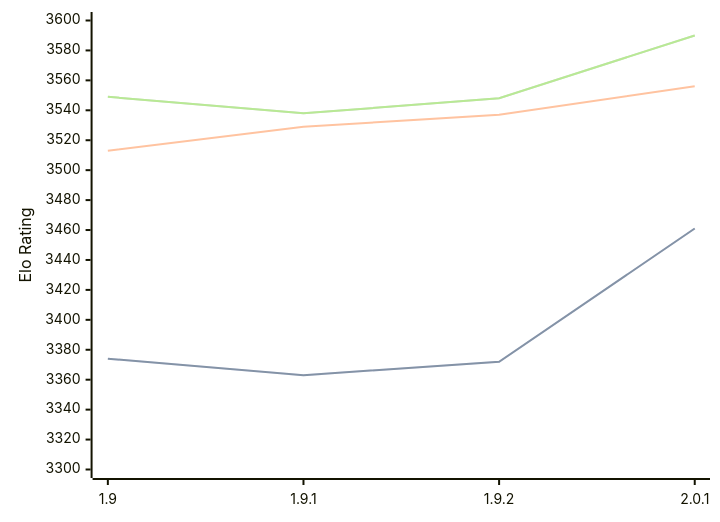
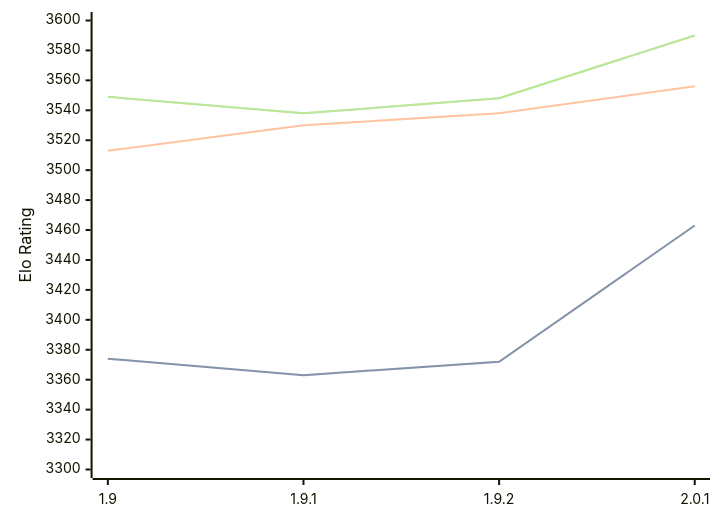
One commit to computer-chess-index/cci changed the diagram in engines/Pawnocchio.md. Above: the diagram before and after it, drawn with Mermaid. The commit also changed other lines of this file, not shown here.

````diff
--- a/engines/Pawnocchio.md
+++ b/engines/Pawnocchio.md
@@ -36,11 +36,11 @@
 ```mermaid
 %%{init: {"theme":"base","themeVariables":{"seriesColors:['#a3a3a3','#222221','#faa371']}}}%%
 xychart-beta
   x-axis ["1.9", "1.9.1", "1.9.2", "2.0.1"]
   y-axis "Elo Rating" 3300 --> 3600
-  line "STC (8.0+0.08s)" [3374, 3363, 3372, 3461]
-  line "STC (8.0+0.08s)" [3374, 3363, 3372, 3461]
-  line "LTC (60.0+0.60s)" [3513, 3529, 3537, 3556]
+  line "STC (8.0+0.08s)" [3374, 3363, 3372, 3463]
+  line "STC (8.0+0.08s)" [3374, 3363, 3372, 3463]
+  line "LTC (60.0+0.60s)" [3513, 3530, 3538, 3556]
   line "VLTC (2m24s+1.12s)" [3549, 3538, 3548, 3590]
   line "VLTC (2m24s+1.12s)" [3549, 3538, 3548, 3590]
 ```
````
